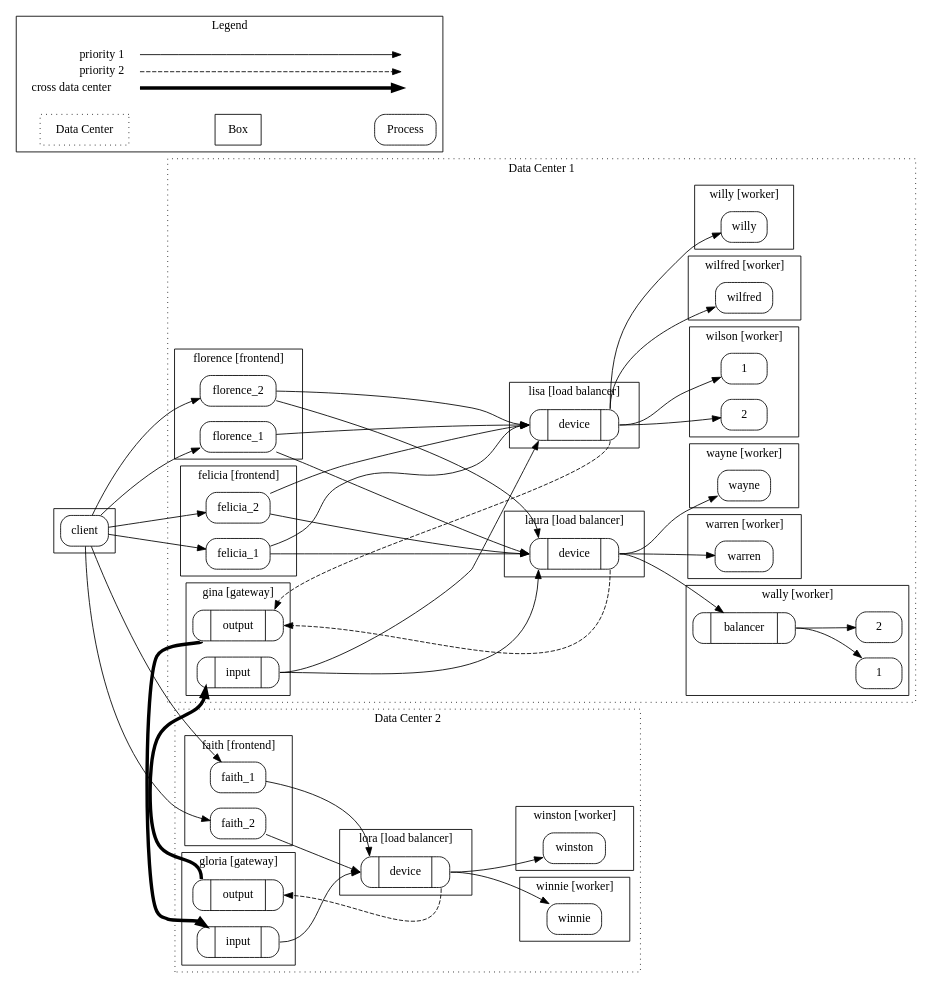
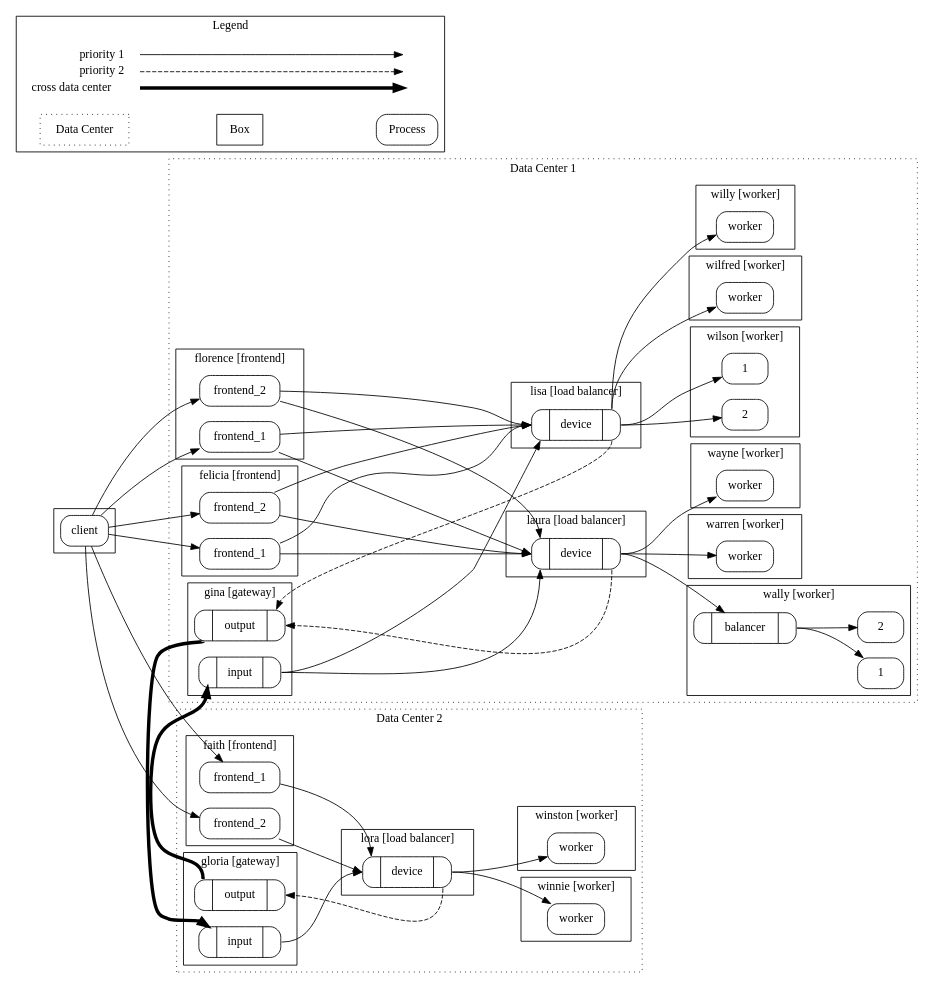
One commit to tailhook/dotns changed the diagram in examples/twodc/topology.dot. Above: the diagram before and after it, drawn with Graphviz. The commit also changed 6 other files, not shown here.

```diff
--- a/examples/twodc/topology.dot
+++ b/examples/twodc/topology.dot
@@ -1,167 +1,167 @@
 digraph topology {
     node [style=rounded shape=box]
     subgraph cluster_DC1 {
 
         // Frontends
 
         subgraph cluster_felicia {
-            felicia_1
-            felicia_2
+            felicia_1 [label=frontend_1]
+            felicia_2 [label=frontend_2]
 
             label="felicia [frontend]"
             ip="127.1.5.1"
         }
 
         subgraph cluster_florence {
-            florence_1
-            florence_2
+            florence_1 [label=frontend_1]
+            florence_2 [label=frontend_2]
 
             label="florence [frontend]"
             ip="127.1.5.2"
         }
 
         // Load Balancers
 
         subgraph cluster_gina {
-            gina_input [shape="record" label="{<ext> | input | <int>}"]
-            gina_output [shape="record" label="{<ext> | output | <int>}"]
+            gina_input [shape="record" label="{<ext> | input | <int>}" appname=input]
+            gina_output [shape="record" label="{<ext> | output | <int>}" appname=output]
 
             label="gina [gateway]"
             ip="127.1.6.1"
         }
 
         subgraph cluster_laura {
-            laura_device [shape="record" label="{<in> | device | <out>}"]
+            laura_device [shape="record" label="{<in> | device | <out>}" appname=device]
             label="laura [load balancer]"
             ip="127.1.11.1"
         }
         subgraph cluster_lisa {
-            lisa_device [shape="record" label="{<in> | device | <out>}"]
+            lisa_device [shape="record" label="{<in> | device | <out>}" appname=device]
             label="lisa [load balancer]"
             ip="127.1.11.2"
         }
 
         // frontends/gateways to load balancer connections
 
         gina_input:int -> laura_device:in [minlen=2]
         gina_input:int -> lisa_device:in [minlen=2]
         {felicia_1 felicia_2 florence_1 florence_2} -> laura_device:in [minlen=2]
         {felicia_1 felicia_2 florence_1 florence_2} -> lisa_device:in [minlen=2]
-        laura_device:out -> gina_output:int [style=dashed]
-        lisa_device:out -> gina_output:int [style=dashed]
+        laura_device:out -> gina_output:int [style=dashed priority=2]
+        lisa_device:out -> gina_output:int [style=dashed priority=2]
 
         // Workers
 
         subgraph cluster_wally {
             edge [minlen=1]
-            wally_lb [shape="record" label="{<in> | balancer | <out>}"]
-            wally_1 [label="1"]
-            wally_2 [label="2"]
+            wally_lb [shape="record" label="{<in> | balancer | <out>}" appname=device]
+            wally_1 [label="1" appname=worker_1]
+            wally_2 [label="2" appname=worker_2]
             wally_lb:out -> {wally_1 wally_2}
 
             label="wally [worker]"
             ip="127.1.22.1"
         }
 
         subgraph cluster_wilson {
-            wilson_1 [label="1"]
-            wilson_2 [label="2"]
+            wilson_1 [label="1" appname=worker_1]
+            wilson_2 [label="2" appname=worker_2]
 
             label="wilson [worker]"
             ip="127.1.22.2"
         }
 
-        subgraph cluster_warren { warren; label="warren [worker]"; ip="127.1.22.3" }
-        subgraph cluster_wayne { wayne; label="wayne [worker]"; ip="127.1.22.4" }
-        subgraph cluster_wilfred { wilfred; label="wilfred [worker]"; ip="127.1.22.4" }
-        subgraph cluster_willy { willy; label="willy [worker]"; ip="127.1.22.4" }
+        subgraph cluster_warren { warren [label=worker]; label="warren [worker]"; ip="127.1.22.3" }
+        subgraph cluster_wayne { wayne [label=worker]; label="wayne [worker]"; ip="127.1.22.4" }
+        subgraph cluster_wilfred { wilfred [label=worker]; label="wilfred [worker]"; ip="127.1.22.4" }
+        subgraph cluster_willy { willy [label=worker]; label="willy [worker]"; ip="127.1.22.4" }
 
         // Worker connections
 
         laura_device:out -> {wally_lb:in warren wayne}
         lisa_device:out -> {wilson_1 wilson_2 wilfred willy}
 
         label="Data Center 1"
         style=dotted
     }
 
     subgraph cluster_DC2 {
 
         subgraph cluster_faith {
-            faith_1
-            faith_2
+            faith_1 [label=frontend_1]
+            faith_2 [label=frontend_2]
 
             label="faith [frontend]"
             ip="127.2.5.1"
         }
 
         subgraph cluster_gloria {
-            gloria_input [shape="record" label="{<ext> | input | <int>}"]
-            gloria_output [shape="record" label="{<ext> | output | <int>}"]
+            gloria_input [shape="record" label="{<ext> | input | <int>}" appname=input]
+            gloria_output [shape="record" label="{<ext> | output | <int>}" appname=output]
             label="gloria [gateway]"
             ip="127.2.6.1"
         }
 
         subgraph cluster_lora {
-            lora_device [shape="record" label="{<in> | device | <out>}"]
+            lora_device [shape="record" label="{<in> | device | <out>}" appname=device]
             label="lora [load balancer]"
             ip="127.2.11.1"
         }
 
         gloria_input:int -> lora_device:in
         {faith_1 faith_2} -> lora_device:in
-        lora_device:out -> gloria_output:int [style=dashed]
+        lora_device:out -> gloria_output:int [style=dashed priority=2]
 
-        subgraph cluster_winnie { winnie; label="winnie [worker]"; ip="127.2.22.1" }
-        subgraph cluster_winston { winston; label="winston [worker]"; ip="127.2.22.2" }
+        subgraph cluster_winnie { winnie [label=worker]; label="winnie [worker]"; ip="127.2.22.1" }
+        subgraph cluster_winston { winston [label=worker]; label="winston [worker]"; ip="127.2.22.2" }
 
         lora_device:out -> {winnie winston}
 
         label="Data Center 2"
         style=dotted
     }
 
     // Cross data-center connections
     gloria_output:ext -> gina_input:ext [minlen=0 penwidth=4]
     gina_output:ext -> gloria_input:ext [minlen=0 penwidth=4]
 
 
     // Finally or imaginary clients
 
     subgraph cluster_client {
         client
         external=yes
     }
 
     client -> {felicia_1 felicia_2 florence_1 florence_2 faith_1 faith_2}
 
     // Legend hack
     subgraph cluster_legend {
         key [shape=plaintext
             label=<<table border="0" cellpadding="2" cellspacing="0" cellborder="0">
             <tr><td align="right" port="i1">priority 1</td></tr>
             <tr><td align="right" port="i2">priority 2</td></tr>
             <tr><td align="right" port="i3">cross data center</td></tr>
             </table>>]
         key2 [shape=plaintext
             label=<<table border="0" cellpadding="2" cellspacing="0" cellborder="0">
             <tr><td port="i1">&nbsp;</td></tr>
             <tr><td port="i2">&nbsp;</td></tr>
             <tr><td port="i3">&nbsp;</td></tr>
             </table>>]
         key:i1:e -> key2:i1:w [minlen=2]
         key:i2:e -> key2:i2:w [style=dashed minlen=2]
         key:i3:e -> key2:i3:w [penwidth=4 minlen=2]
 
         dc [label="Data Center" style=dotted]
         box [label="Box" style=""]
         process [label="Process" style=rounded]
 
         dc -> box -> process [style=invis minlen=1]
 
         label="Legend"
         annotation=true
     }
 
     rankdir=LR
 }
```
